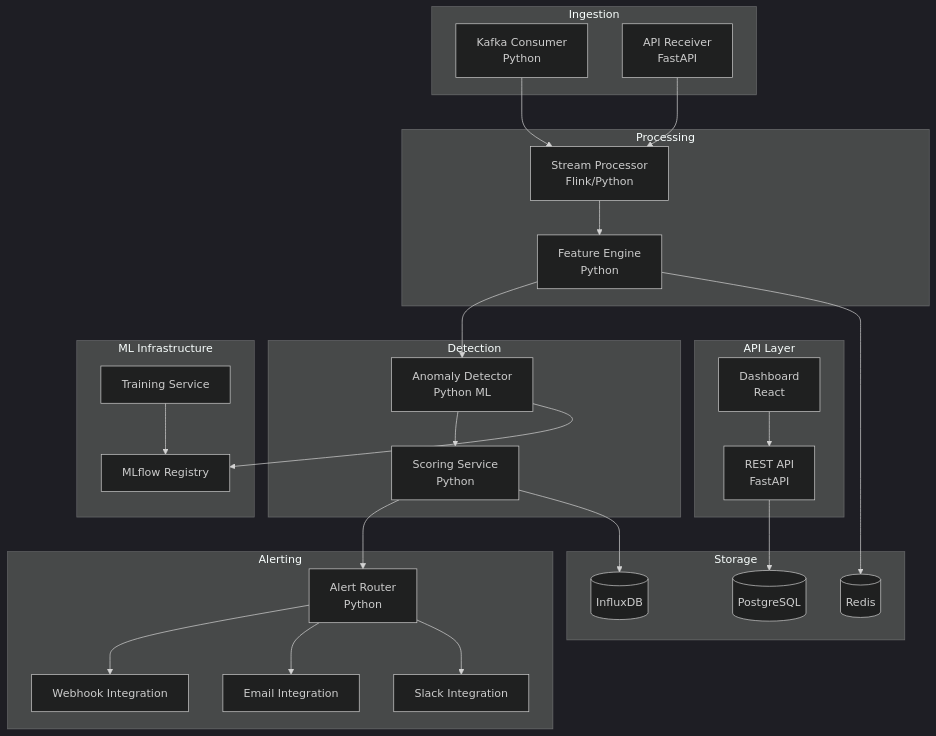
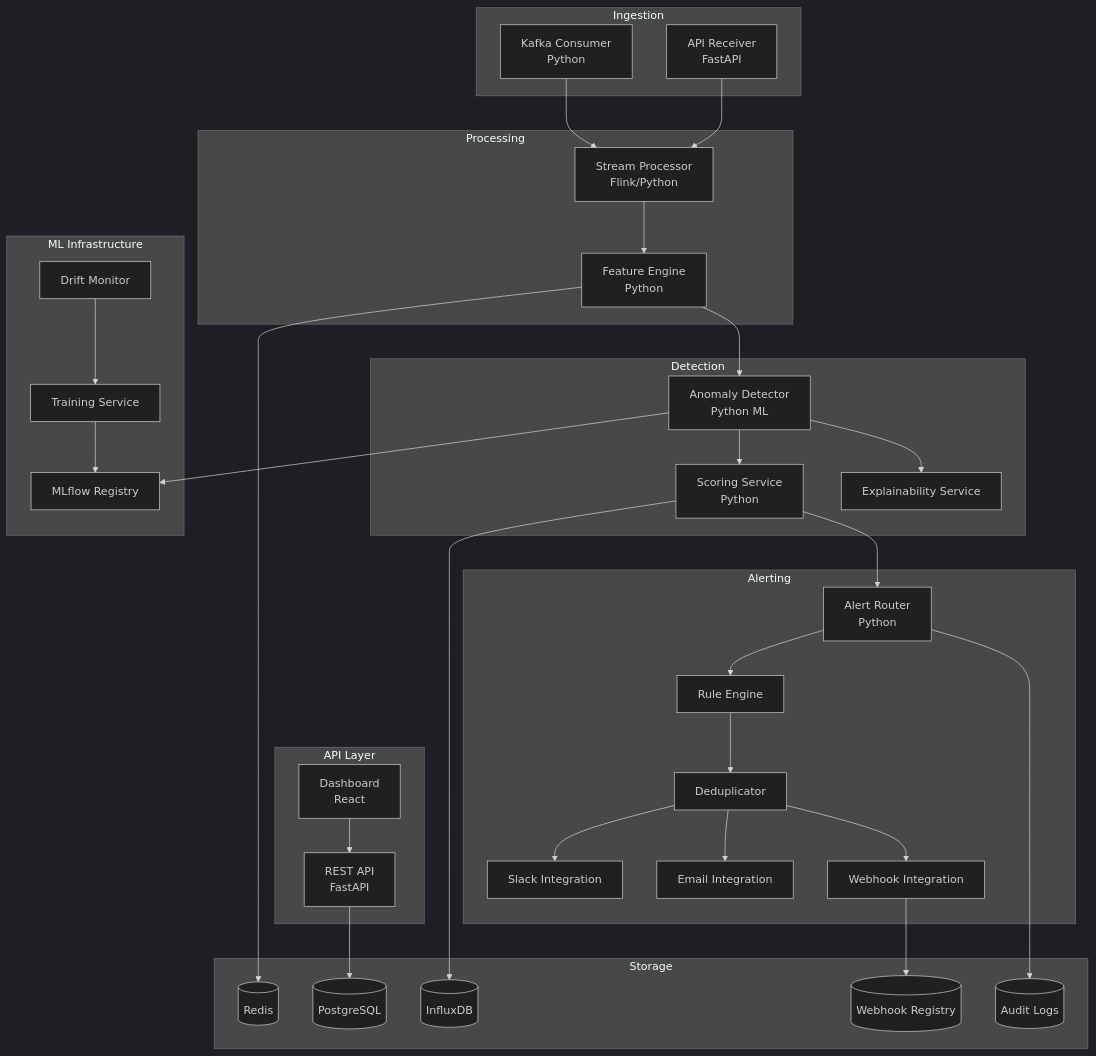
The diagram in Anomaly Detection System/detailed-design/component-diagram.md (0Ankit0/Project-Ideas), drawn with Mermaid (dark theme) before and after one commit. The commit also changed other lines of this file and 24 other files, not shown here.

````diff
--- a/Anomaly Detection System/detailed-design/component-diagram.md
+++ b/Anomaly Detection System/detailed-design/component-diagram.md
@@ -3,59 +3,71 @@
 ```mermaid
 graph TB
     subgraph "API Layer"
         API[REST API<br/>FastAPI]
         DASH[Dashboard<br/>React]
     end
     
     subgraph "Ingestion"
         KAFKA_CONS[Kafka Consumer<br/>Python]
         API_RECV[API Receiver<br/>FastAPI]
     end
     
     subgraph "Processing"
         STREAM[Stream Processor<br/>Flink/Python]
         FEATURE[Feature Engine<br/>Python]
     end
     
     subgraph "Detection"
         DETECTOR[Anomaly Detector<br/>Python ML]
         SCORER[Scoring Service<br/>Python]
+        EXPLAIN[Explainability Service]
     end
     
     subgraph "Alerting"
         ROUTER[Alert Router<br/>Python]
+        RULES[Rule Engine]
+        DEDUP[Deduplicator]
         SLACK_INT[Slack Integration]
         EMAIL_INT[Email Integration]
         WEBHOOK_INT[Webhook Integration]
     end
     
     subgraph "Storage"
         INFLUX[(InfluxDB)]
         PG[(PostgreSQL)]
         REDIS[(Redis)]
+        AUDIT[(Audit Logs)]
+        WH_REG[(Webhook Registry)]
     end
     
     subgraph "ML Infrastructure"
         MLFLOW[MLflow Registry]
         TRAINER[Training Service]
+        MONITOR[Drift Monitor]
     end
     
     KAFKA_CONS --> STREAM
     API_RECV --> STREAM
     STREAM --> FEATURE
     FEATURE --> REDIS
     FEATURE --> DETECTOR
     
     DETECTOR --> MLFLOW
     DETECTOR --> SCORER
+    DETECTOR --> EXPLAIN
     SCORER --> INFLUX
     SCORER --> ROUTER
     
-    ROUTER --> SLACK_INT
-    ROUTER --> EMAIL_INT
-    ROUTER --> WEBHOOK_INT
+    ROUTER --> RULES
+    RULES --> DEDUP
+    DEDUP --> SLACK_INT
+    DEDUP --> EMAIL_INT
+    DEDUP --> WEBHOOK_INT
     
     TRAINER --> MLFLOW
+    MONITOR --> TRAINER
     API --> PG
     DASH --> API
+    ROUTER --> AUDIT
+    WEBHOOK_INT --> WH_REG
 ```
````
